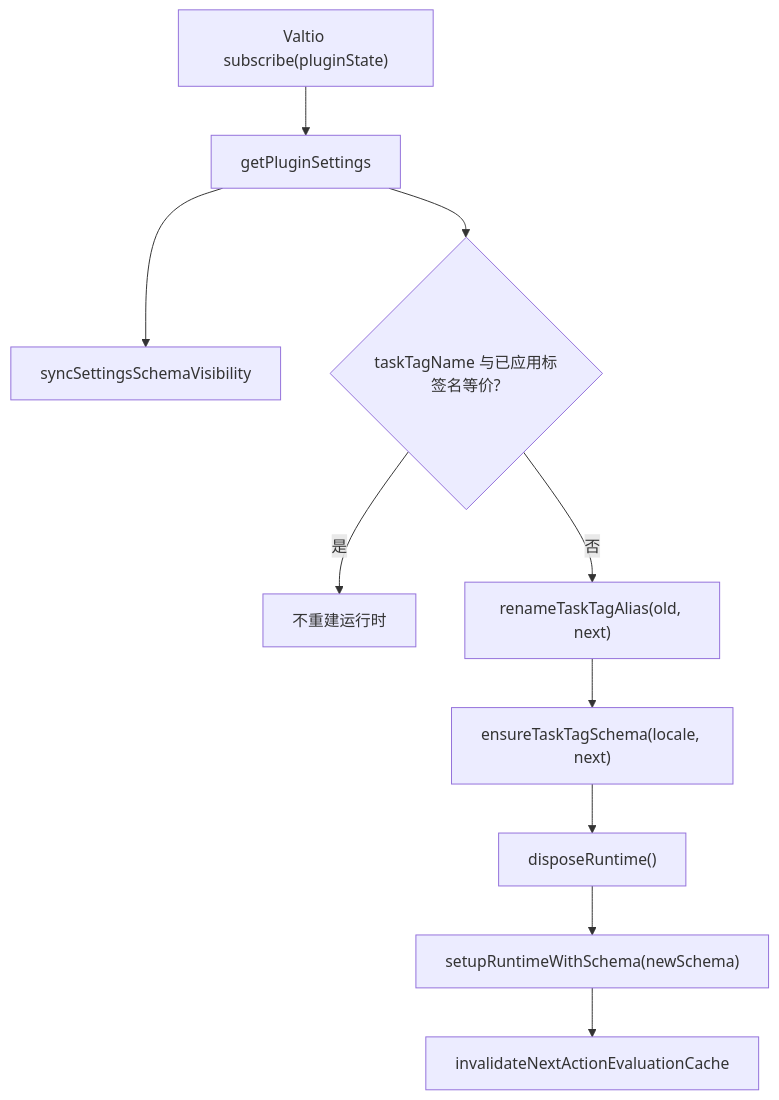
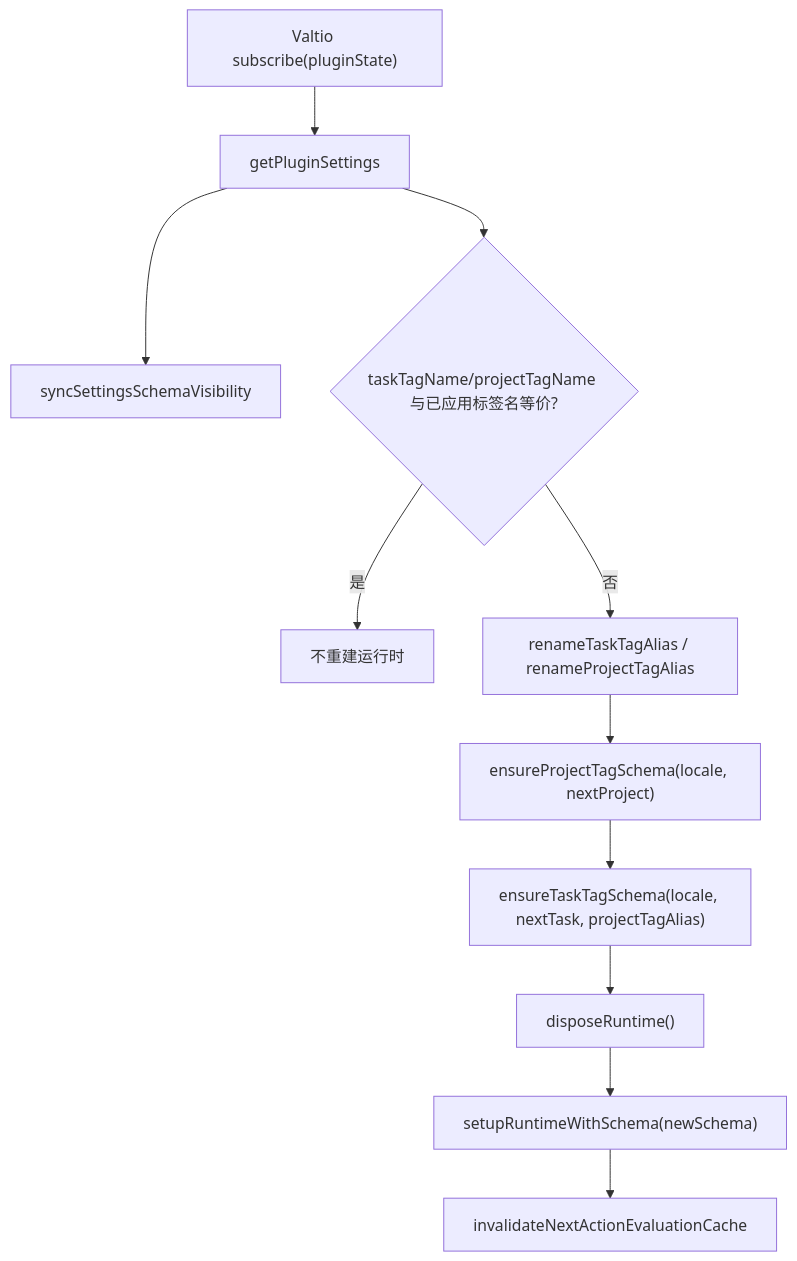
The second of 3 diagrams in doc/数据流/01-运行时启动与注册.md (litcu/orca-plugin-task-planner), drawn with Mermaid before and after one commit. The commit also changed other lines of this file and 25 other files, not shown here.

````diff
--- a/doc/数据流/01-运行时启动与注册.md
+++ b/doc/数据流/01-运行时启动与注册.md
@@ -60,12 +67,13 @@
 ```mermaid
 flowchart TD
   SettingsChange["Valtio subscribe(pluginState)"] --> ReadLatest["getPluginSettings"]
   ReadLatest --> SyncVisibility["syncSettingsSchemaVisibility"]
-  ReadLatest --> CompareTag{"taskTagName 与已应用标签名等价?"}
+  ReadLatest --> CompareTag{"taskTagName/projectTagName 与已应用标签名等价?"}
   CompareTag -- 是 --> Done["不重建运行时"]
-  CompareTag -- 否 --> Rename["renameTaskTagAlias(old, next)"]
-  Rename --> EnsureSchema["ensureTaskTagSchema(locale, next)"]
+  CompareTag -- 否 --> Rename["renameTaskTagAlias / renameProjectTagAlias"]
+  Rename --> EnsureProjectSchema["ensureProjectTagSchema(locale, nextProject)"]
+  EnsureProjectSchema --> EnsureSchema["ensureTaskTagSchema(locale, nextTask, projectTagAlias)"]
   EnsureSchema --> DisposeOld["disposeRuntime()"]
   DisposeOld --> RegisterNew["setupRuntimeWithSchema(newSchema)"]
   RegisterNew --> CacheInvalid["invalidateNextActionEvaluationCache"]
 ```
````
